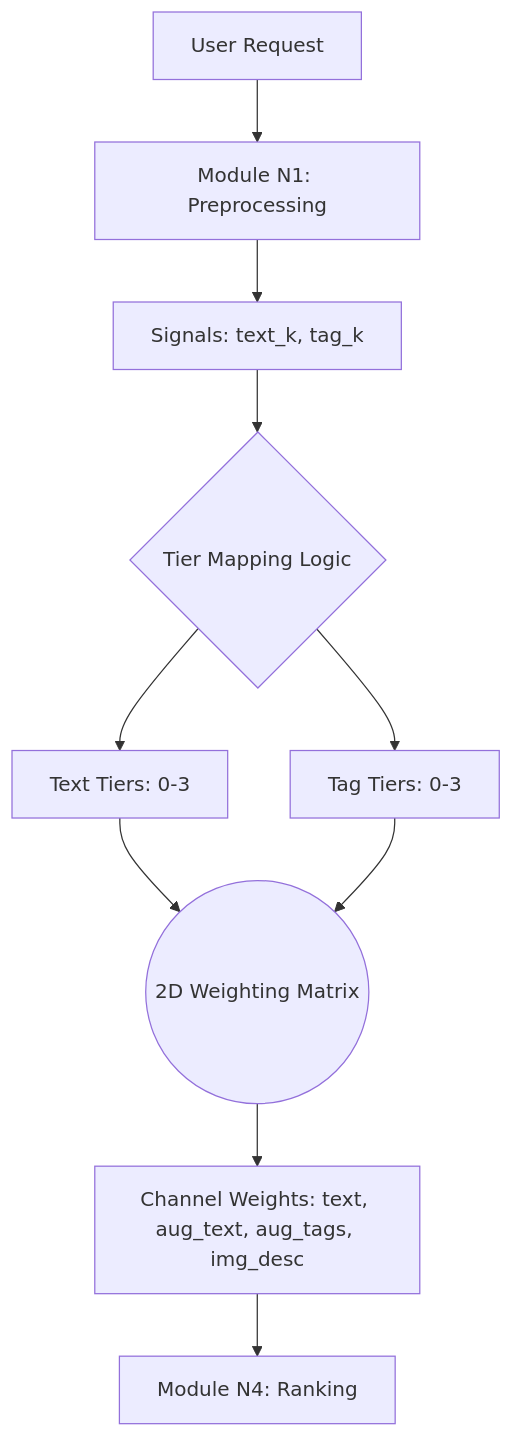
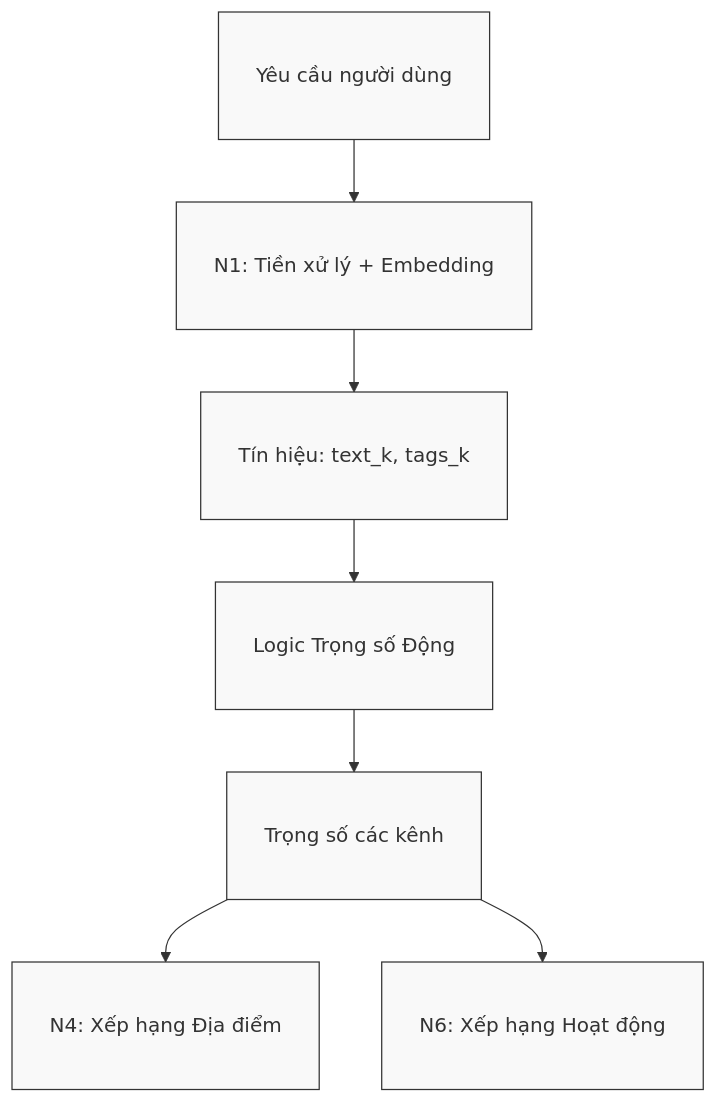
The diagram in docs/architecture/dynamic_weighting.md (ltk6/travel-exp-planner), drawn with Mermaid before and after one commit. The commit also changed other lines of this file and 87 other files, not shown here.

````diff
--- a/docs/architecture/dynamic_weighting.md
+++ b/docs/architecture/dynamic_weighting.md
@@ -12,16 +32,15 @@
 ```mermaid
+---
+config:
+  flowchart:
+    useMaxWidth: false
+---
 graph TD
-    Input[User Request] --> N1[Module N1: Preprocessing]
-    N1 --> Signals[Signals: text_k, tag_k]
-    
-    Signals --> Logic{Tier Mapping Logic}
-    
-    Logic --> T1[Text Tiers: 0-3]
-    Logic --> T2[Tag Tiers: 0-3]
-    
-    T1 & T2 --> Matrix((2D Weighting Matrix))
-    
-    Matrix --> Output[Channel Weights: text, aug_text, aug_tags, img_desc]
-    
-    Output --> N4[Module N4: Ranking]
+    classDef default fill:#f9f9f9,stroke:#333,stroke-width:1px,padding-left:10px,padding-right:10px,white-space:nowrap;
+    A[Yêu cầu người dùng] --> B[N1: Tiền xử lý + Embedding]
+    B --> C[Tín hiệu: text_k, tags_k]
+    C --> D[Logic Trọng số Động]
+    D --> E[Trọng số các kênh]
+    E --> F[N4: Xếp hạng Địa điểm]
+    E --> G[N6: Xếp hạng Hoạt động]
 ```
````
